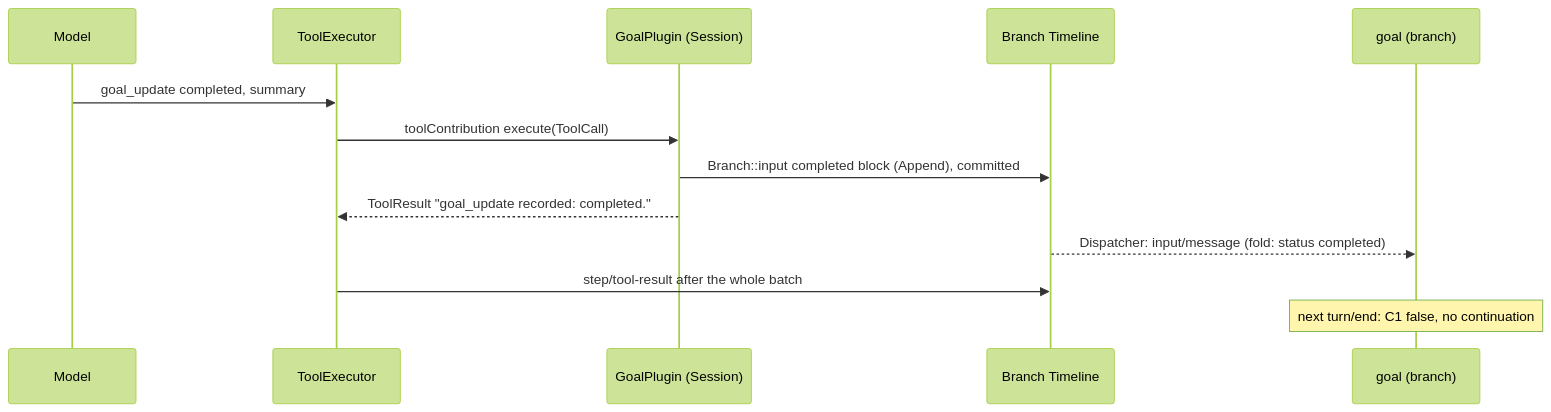
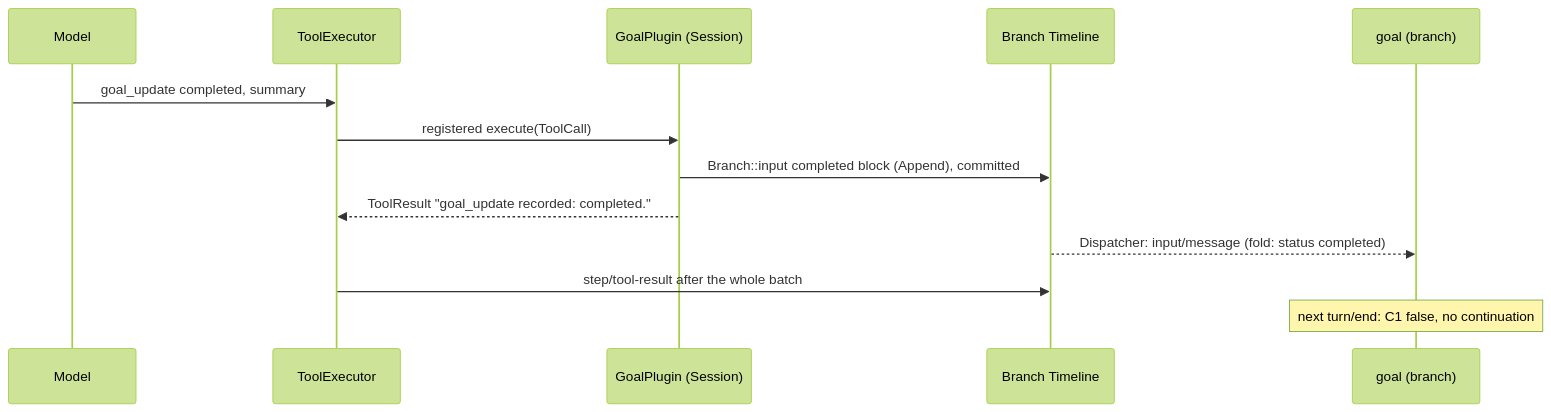
One commit to CoutinhoTTS/dim-agent changed the fourth of 7 diagrams in docs/design/plugins/Goal.md. Above: the diagram before and after it, drawn with Mermaid (forest theme). The commit also changed other lines of this file and 101 other files, not shown here.

````diff
--- a/docs/design/plugins/Goal.md
+++ b/docs/design/plugins/Goal.md
@@ -129,15 +129,15 @@
 ```mermaid
 sequenceDiagram
   participant Model
   participant TE as ToolExecutor
   participant GS as GoalPlugin (Session)
   participant TL as Branch Timeline
   participant G as goal (branch)
   Model->>TE: goal_update completed, summary
-  TE->>GS: toolContribution execute(ToolCall)
+  TE->>GS: registered execute(ToolCall)
   GS->>TL: Branch::input completed block (Append), committed
   GS-->>TE: ToolResult "goal_update recorded: completed."
   TL-->>G: Dispatcher: input/message (fold: status completed)
   TE->>TL: step/tool-result after the whole batch
   Note over G: next turn/end: C1 false, no continuation
 ```
````
